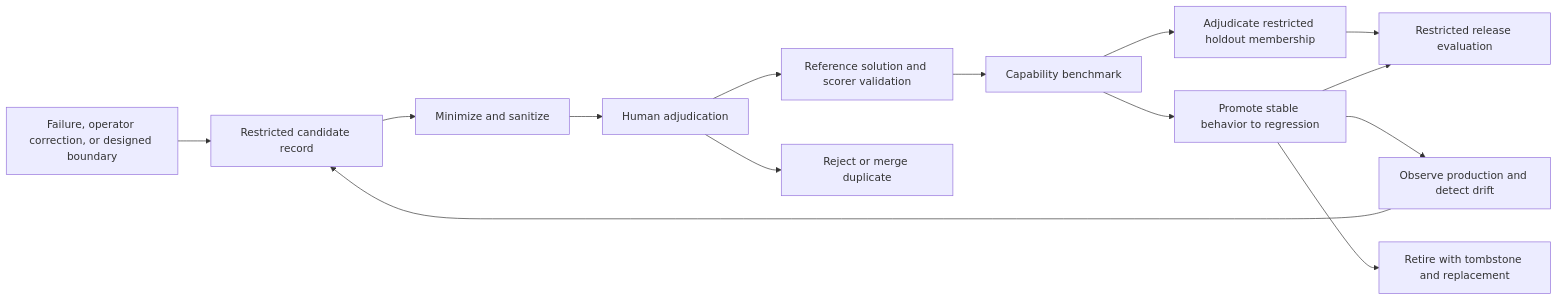
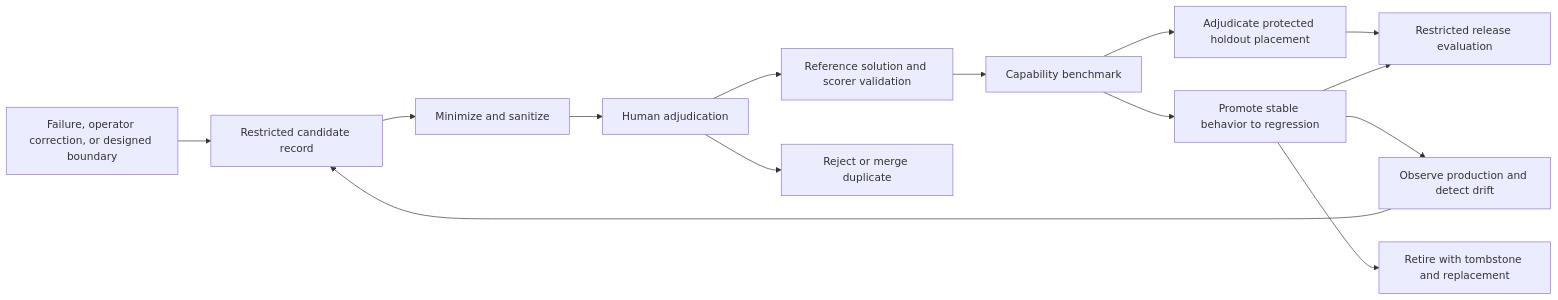
Before and after one commit to AaronAbuUsama/ambient-agent: the diagram in docs/EVALUATION-METHODOLOGY.md, drawn with Mermaid. The commit also changed other lines of this file and 8 other files, not shown here.

````diff
--- a/docs/EVALUATION-METHODOLOGY.md
+++ b/docs/EVALUATION-METHODOLOGY.md
@@ -222,16 +243,16 @@
 ```mermaid
 flowchart LR
   F["Failure, operator correction, or designed boundary"] --> C["Restricted candidate record"]
   C --> S["Minimize and sanitize"]
   S --> A["Human adjudication"]
   A --> V["Reference solution and scorer validation"]
   V --> B["Capability benchmark"]
-  B --> H["Adjudicate restricted holdout membership"]
+  B --> H["Adjudicate protected holdout placement"]
   B --> R["Promote stable behavior to regression"]
   H --> G["Restricted release evaluation"]
   R --> G
   R --> O["Observe production and detect drift"]
   O --> C
   A --> X["Reject or merge duplicate"]
   R --> T["Retire with tombstone and replacement"]
 ```
````
